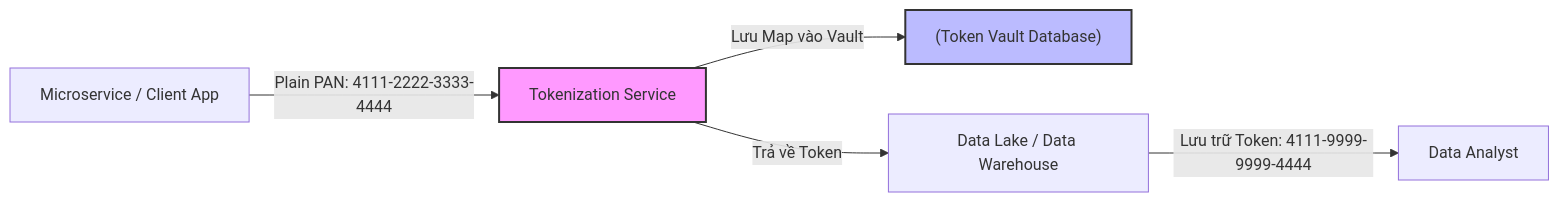
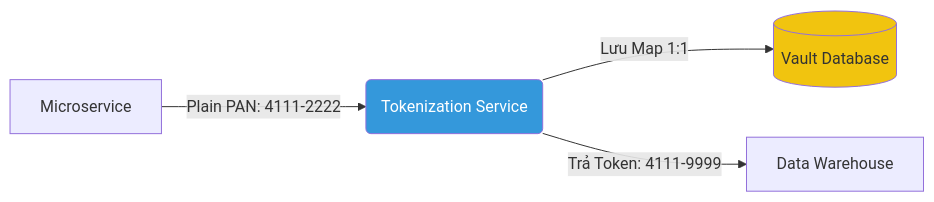
Before and after one commit to kythuatdulieu/kythuatdulieu.github.io: the second of 2 diagrams in src/content/docs/concepts/8-security-governance-finops/data-masking-encryption.md, drawn with Mermaid. The commit also changed other lines of this file and 1 other file, not shown here.

Commit message:
rewrite(8-security-governance-finops): data-masking-encryption

````diff
--- a/src/content/docs/concepts/8-security-governance-finops/data-masking-encryption.md
+++ b/src/content/docs/concepts/8-security-governance-finops/data-masking-encryption.md
@@ -143,10 +141,9 @@
 ```mermaid
 graph LR
-    A["Microservice / Client App"] -->|Plain PAN: 4111-2222-3333-4444| B["Tokenization Service"]
-    B -->|Lưu Map vào Vault| C["(Token Vault Database)"]
-    B -->|Trả về Token| D["Data Lake / Data Warehouse"]
-    D -->|Lưu trữ Token: 4111-9999-9999-4444| E["Data Analyst"]
+    A[Microservice] -->|Plain PAN: 4111-2222| B(Tokenization Service)
+    B -->|Lưu Map 1:1| C[(Vault Database)]
+    B -->|Trả Token: 4111-9999| D[Data Warehouse]
     
-    style B fill:#f9f,stroke:#333,stroke-width:2px
-    style C fill:#bbf,stroke:#333,stroke-width:2px
+    style B fill:#3498db,color:#fff
+    style C fill:#f1c40f,color:#333
 ```
````
